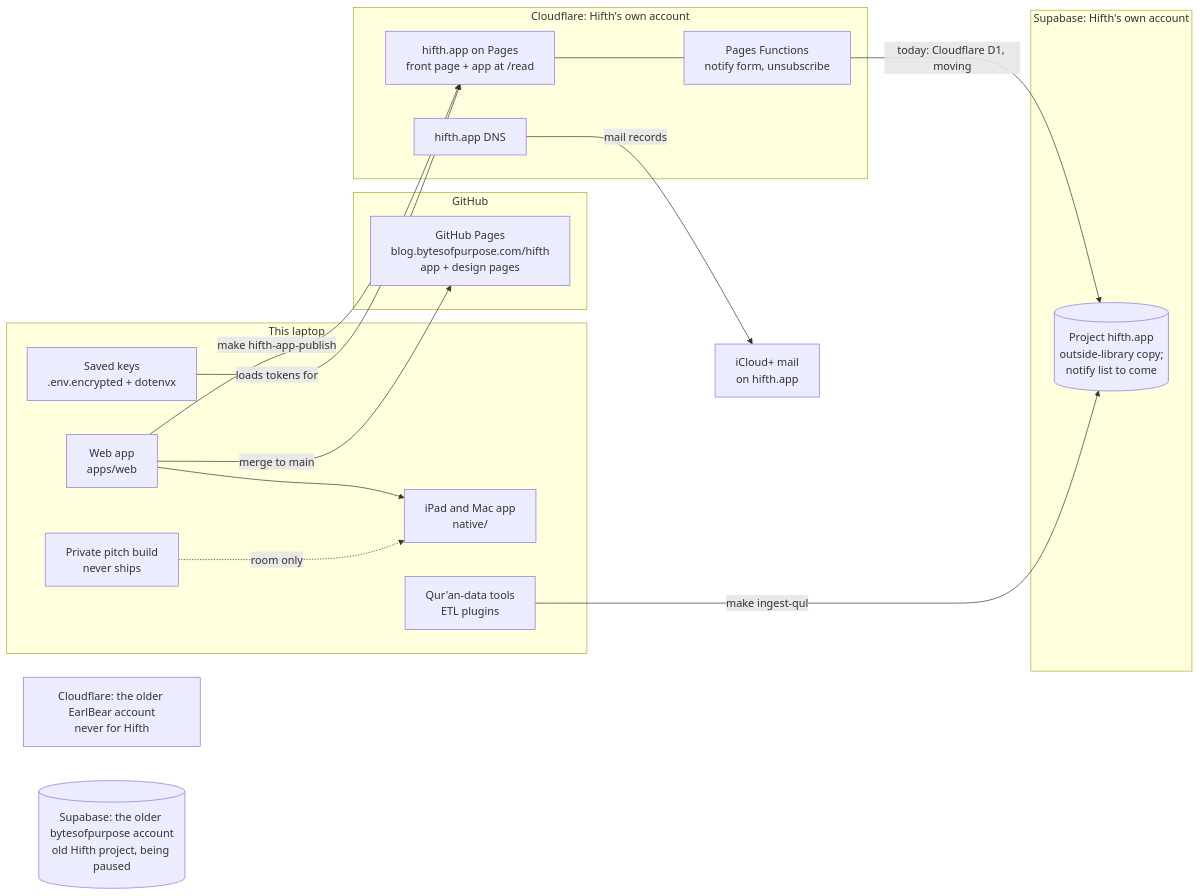
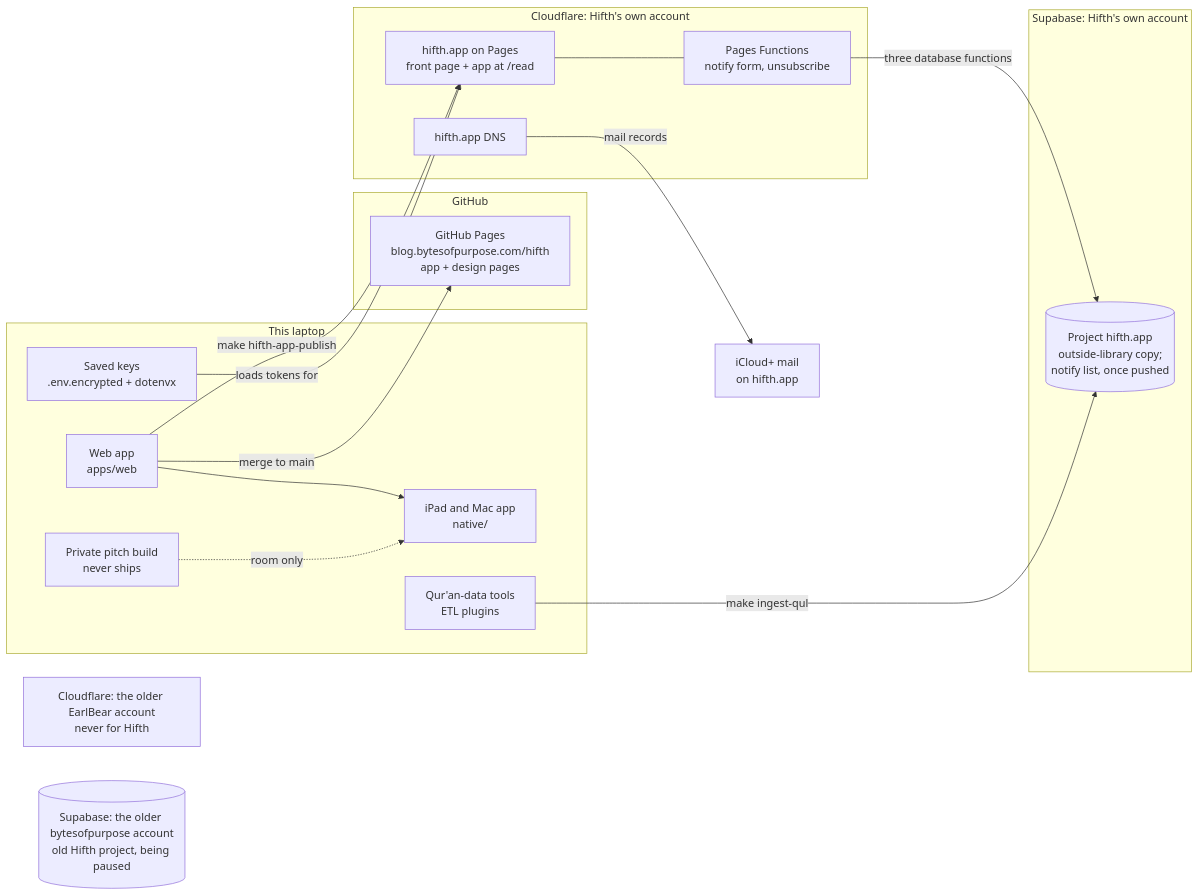
The diagram in .claude/skills/current-architecture/SKILL.md (omars-lab/hifth), drawn with Mermaid before and after one commit. The commit also changed other lines of this file and 34 other files, not shown here.

````diff
--- a/.claude/skills/current-architecture/SKILL.md
+++ b/.claude/skills/current-architecture/SKILL.md
@@ -13,34 +13,34 @@
 ```mermaid
 flowchart LR
   subgraph laptop[This laptop]
     web[Web app<br/>apps/web]
     shell[iPad and Mac app<br/>native/]
     pitch[Private pitch build<br/>never ships]
     etl[Qur'an-data tools<br/>ETL plugins]
     keys[Saved keys<br/>.env.encrypted + dotenvx]
   end
   subgraph gh[GitHub]
     ghp[GitHub Pages<br/>blog.bytesofpurpose.com/hifth<br/>app + design pages]
   end
   subgraph cf[Cloudflare: Hifth's own account]
     pages[hifth.app on Pages<br/>front page + app at /read]
     fn[Pages Functions<br/>notify form, unsubscribe]
     dns[hifth.app DNS]
   end
   earl[Cloudflare: the older EarlBear account<br/>never for Hifth]
   subgraph sb[Supabase: Hifth's own account]
-    store[(Project hifth.app<br/>outside-library copy;<br/>notify list to come)]
+    store[(Project hifth.app<br/>outside-library copy;<br/>notify list, once pushed)]
   end
   oldsb[(Supabase: the older bytesofpurpose account<br/>old Hifth project, being paused)]
   icloud[iCloud+ mail<br/>on hifth.app]
 
   web -- merge to main --> ghp
   web -- make hifth-app-publish --> pages
   web --> shell
   pitch -. room only .-> shell
   pages --- fn
-  fn -- today: Cloudflare D1, moving --> store
+  fn -- three database functions --> store
   etl -- make ingest-qul --> store
   keys -- loads tokens for --> pages
   dns -- mail records --> icloud
 ```
````
